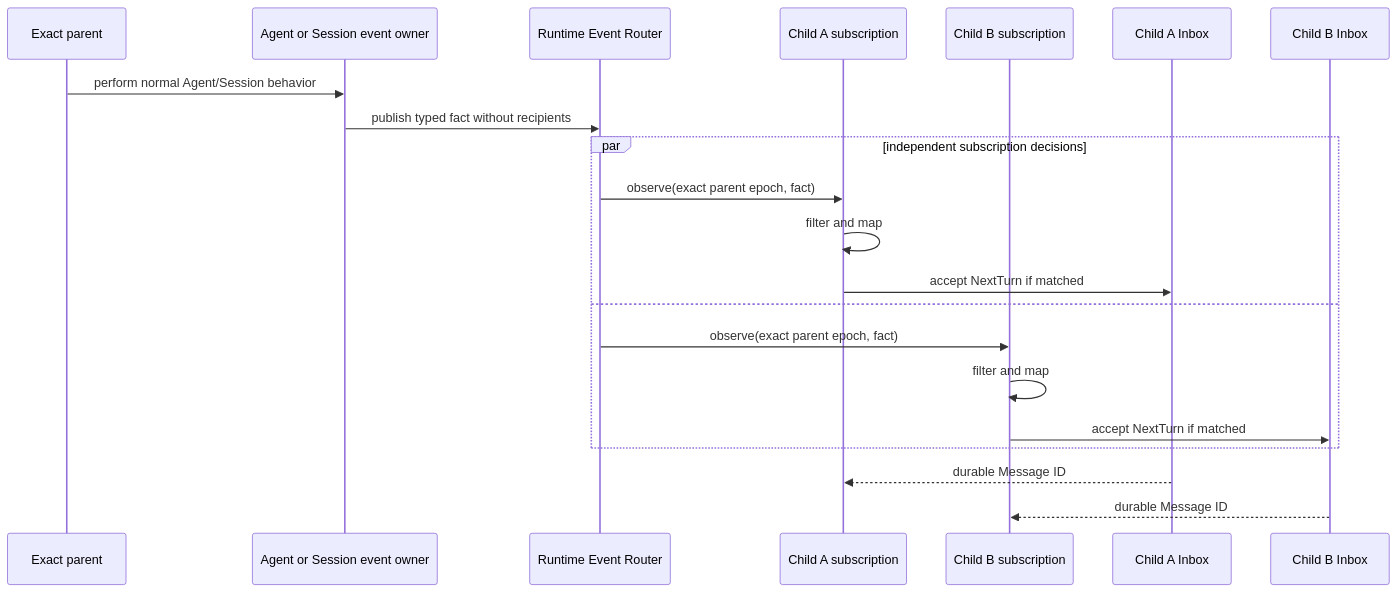
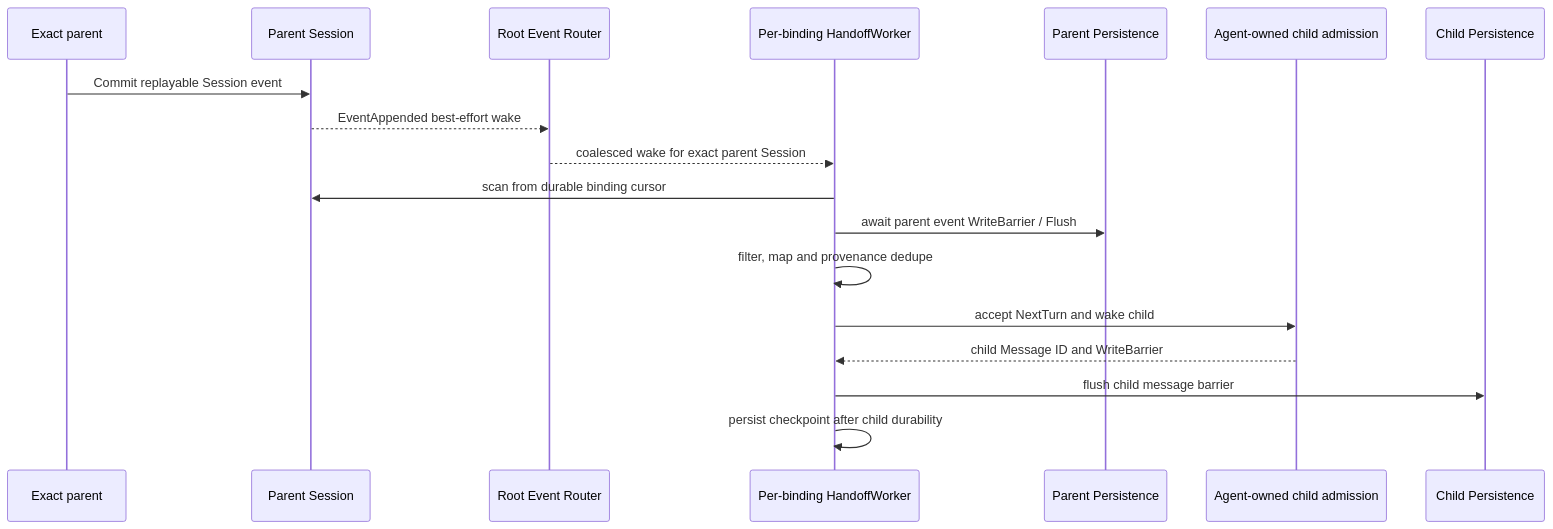
One commit to gorenx/goren changed the fourth of 5 diagrams in subagent/docs/parent-bound-design.zh-CN.md. Above: the diagram before and after it, drawn with Mermaid. The commit also changed other lines of this file and 14 other files, not shown here.

````diff
--- a/subagent/docs/parent-bound-design.zh-CN.md
+++ b/subagent/docs/parent-bound-design.zh-CN.md
@@ -320,24 +356,21 @@
 ```mermaid
 sequenceDiagram
     participant P as Exact parent
-    participant E as Agent or Session event owner
-    participant R as Runtime Event Router
-    participant S1 as Child A subscription
-    participant S2 as Child B subscription
-    participant I1 as Child A Inbox
-    participant I2 as Child B Inbox
+    participant S as Parent Session
+    participant R as Root Event Router
+    participant W as Per-binding HandoffWorker
+    participant PS as Parent Persistence
+    participant A as Agent-owned child admission
+    participant CS as Child Persistence
 
-    P->>E: perform normal Agent/Session behavior
-    E->>R: publish typed fact without recipients
-    par independent subscription decisions
-        R->>S1: observe(exact parent epoch, fact)
-        S1->>S1: filter and map
-        S1->>I1: accept NextTurn if matched
-    and
-        R->>S2: observe(exact parent epoch, fact)
-        S2->>S2: filter and map
-        S2->>I2: accept NextTurn if matched
-    end
-    I1-->>S1: durable Message ID
-    I2-->>S2: durable Message ID
+    P->>S: Commit replayable Session event
+    S-->>R: EventAppended best-effort wake
+    R-->>W: coalesced wake for exact parent Session
+    W->>S: scan from durable binding cursor
+    W->>PS: await parent event WriteBarrier / Flush
+    W->>W: filter, map and provenance dedupe
+    W->>A: accept NextTurn and wake child
+    A-->>W: child Message ID and WriteBarrier
+    W->>CS: flush child message barrier
+    W->>W: persist checkpoint after child durability
 ```
````
